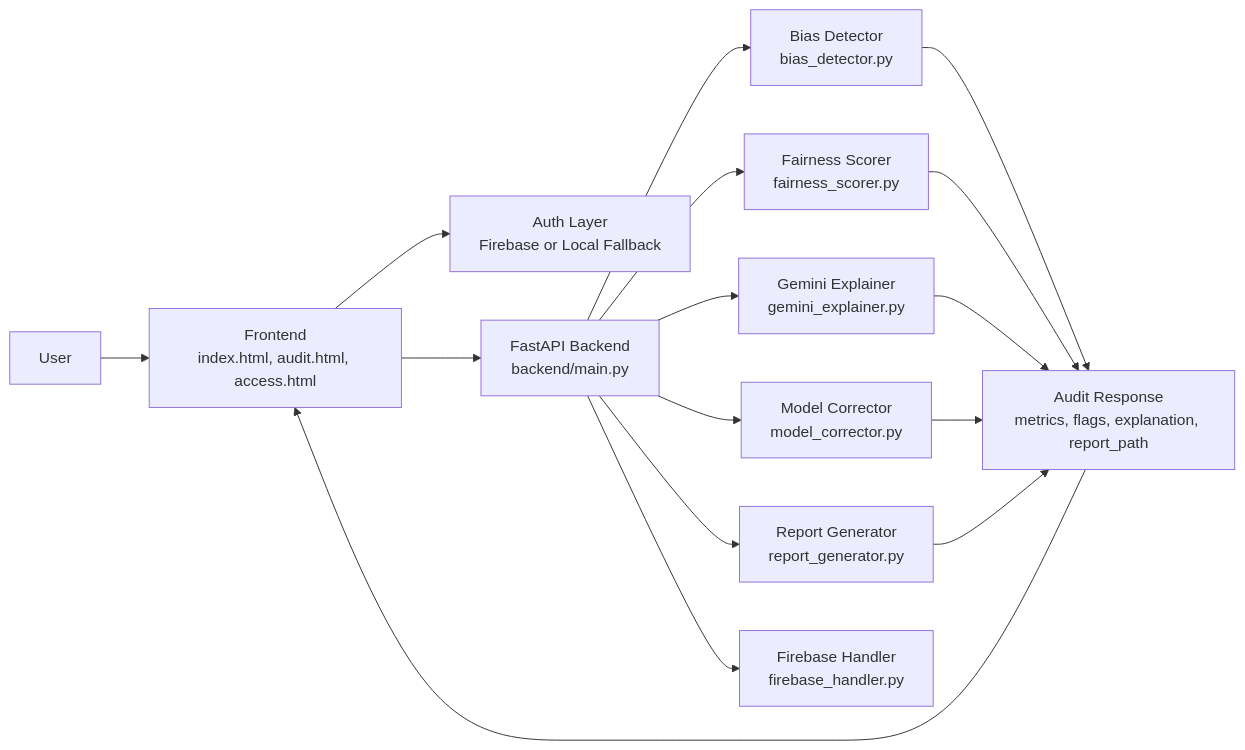
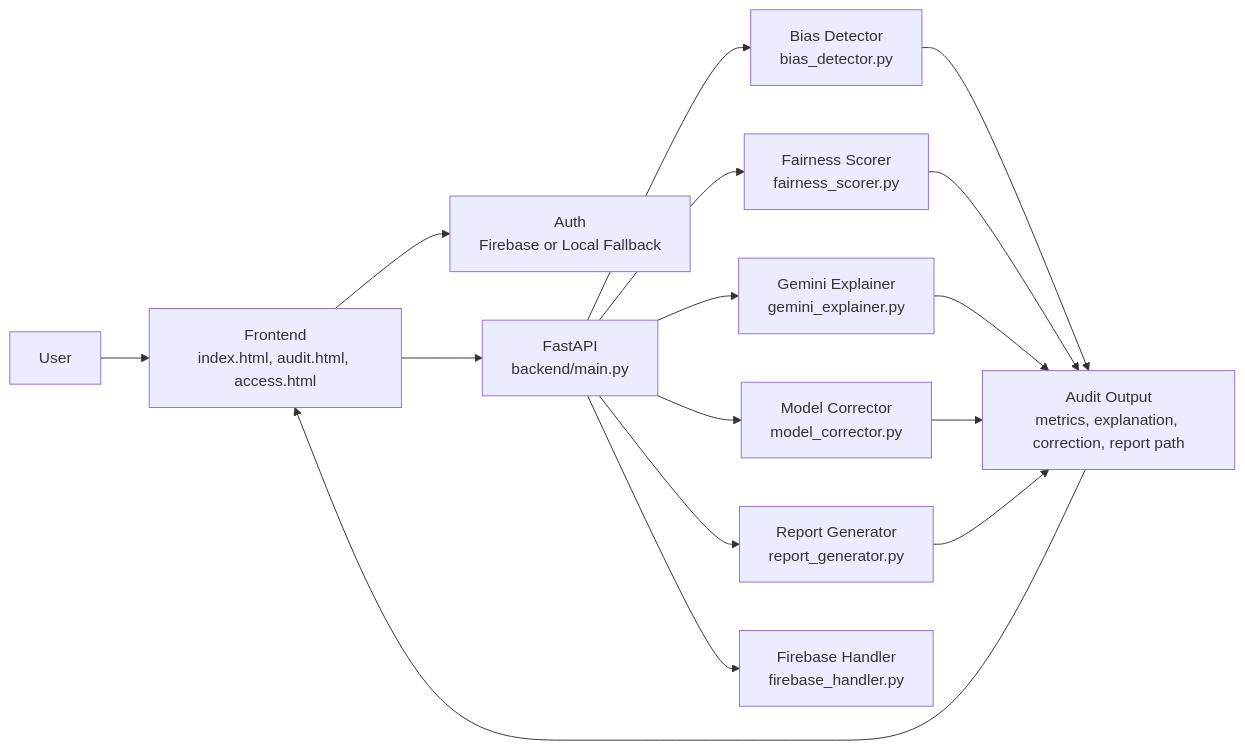
The first of 2 diagrams in README.md (Yashaswini-V21/FairLens_India), drawn with Mermaid before and after one commit. The commit also changed other lines of this file, not shown here.

````diff
--- a/README.md
+++ b/README.md
@@ -68,20 +141,20 @@
 ```mermaid
 flowchart LR
   U[User] --> FE[Frontend\nindex.html, audit.html, access.html]
-  FE --> AUTH[Auth Layer\nFirebase or Local Fallback]
-  FE --> API[FastAPI Backend\nbackend/main.py]
+  FE --> AUTH[Auth\nFirebase or Local Fallback]
+  FE --> API[FastAPI\nbackend/main.py]
 
   API --> A1[Bias Detector\nbias_detector.py]
   API --> A2[Fairness Scorer\nfairness_scorer.py]
   API --> A3[Gemini Explainer\ngemini_explainer.py]
   API --> A4[Model Corrector\nmodel_corrector.py]
   API --> A5[Report Generator\nreport_generator.py]
   API --> A6[Firebase Handler\nfirebase_handler.py]
 
-  A1 --> OUT[Audit Response\nmetrics, flags, explanation, report_path]
+  A1 --> OUT[Audit Output\nmetrics, explanation, correction, report path]
   A2 --> OUT
   A3 --> OUT
   A4 --> OUT
   A5 --> OUT
   OUT --> FE
 ```
````
